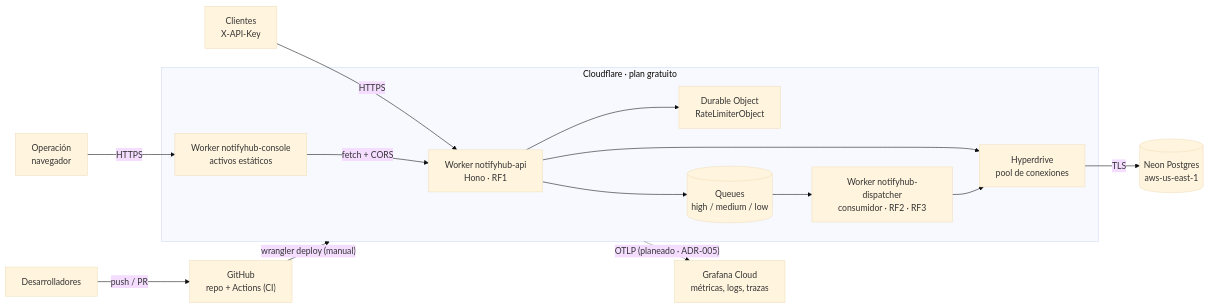
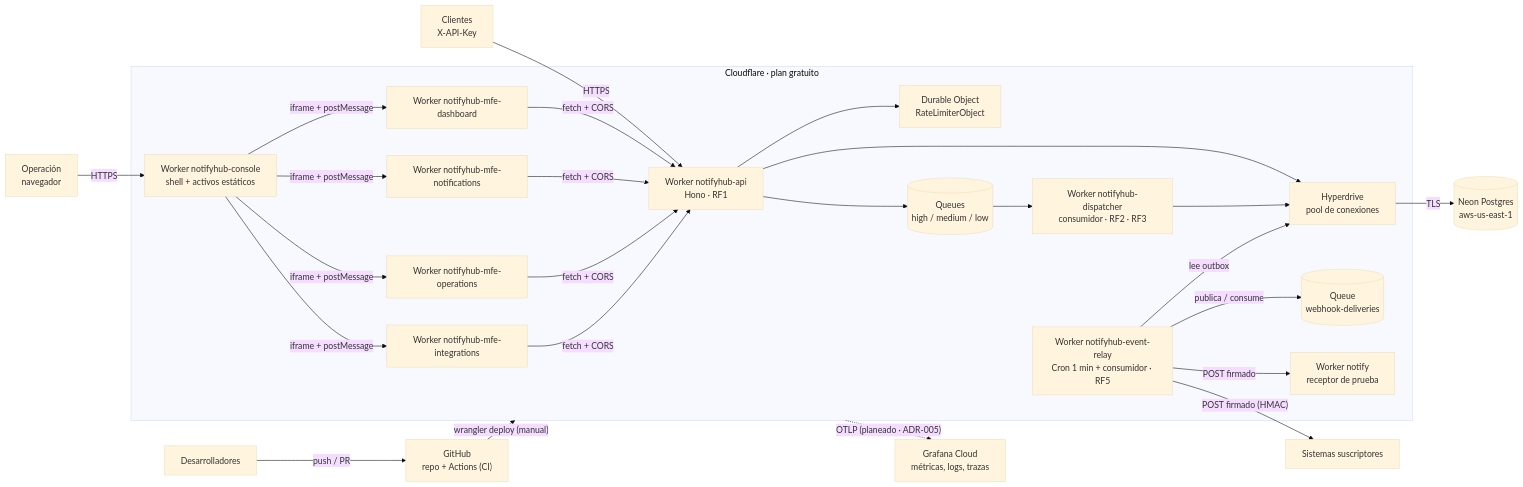
Before and after one commit to joseraulsoriano/notifyhub: the diagram in docs/diagrams/07-despliegue.mmd, drawn with Mermaid (base theme). The commit also changed 31 other files, not shown here.

```diff
--- a/docs/diagrams/07-despliegue.mmd
+++ b/docs/diagrams/07-despliegue.mmd
@@ -1,21 +1,39 @@
 flowchart LR
   dev["Desarrolladores"] -- "push / PR" --> gh["GitHub<br/>repo + Actions (CI)"]
   gh -- "wrangler deploy (manual)" --> cf
   cli["Clientes<br/>X-API-Key"] -- "HTTPS" --> api
   ops["Operación<br/>navegador"] -- "HTTPS" --> con
   subgraph cf["Cloudflare · plan gratuito"]
-    con["Worker notifyhub-console<br/>activos estáticos"]
+    con["Worker notifyhub-console<br/>shell + activos estáticos"]
+    mfed["Worker notifyhub-mfe-dashboard"]
+    mfen["Worker notifyhub-mfe-notifications"]
+    mfeo["Worker notifyhub-mfe-operations"]
+    mfei["Worker notifyhub-mfe-integrations"]
     api["Worker notifyhub-api<br/>Hono · RF1"]
     rl["Durable Object<br/>RateLimiterObject"]
     q[("Queues<br/>high / medium / low")]
     hd["Hyperdrive<br/>pool de conexiones"]
     disp["Worker notifyhub-dispatcher<br/>consumidor · RF2 · RF3"]
-    con -- "fetch + CORS" --> api
+    relay["Worker notifyhub-event-relay<br/>Cron 1 min + consumidor · RF5"]
+    wq[("Queue<br/>webhook-deliveries")]
+    inbox["Worker notify<br/>receptor de prueba"]
+    con -- "iframe + postMessage" --> mfed
+    con -- "iframe + postMessage" --> mfen
+    con -- "iframe + postMessage" --> mfeo
+    con -- "iframe + postMessage" --> mfei
+    mfed -- "fetch + CORS" --> api
+    mfen -- "fetch + CORS" --> api
+    mfeo -- "fetch + CORS" --> api
+    mfei -- "fetch + CORS" --> api
     api --> rl
     api --> q
     api --> hd
     q --> disp
     disp --> hd
+    relay -- "lee outbox" --> hd
+    relay -- "publica / consume" --> wq
+    relay -- "POST firmado" --> inbox
   end
+  relay -- "POST firmado (HMAC)" --> subs["Sistemas suscriptores"]
   hd -- "TLS" --> pg[("Neon Postgres<br/>aws-us-east-1")]
   cf -. "OTLP (planeado · ADR-005)" .-> gc["Grafana Cloud<br/>métricas, logs, trazas"]
```
